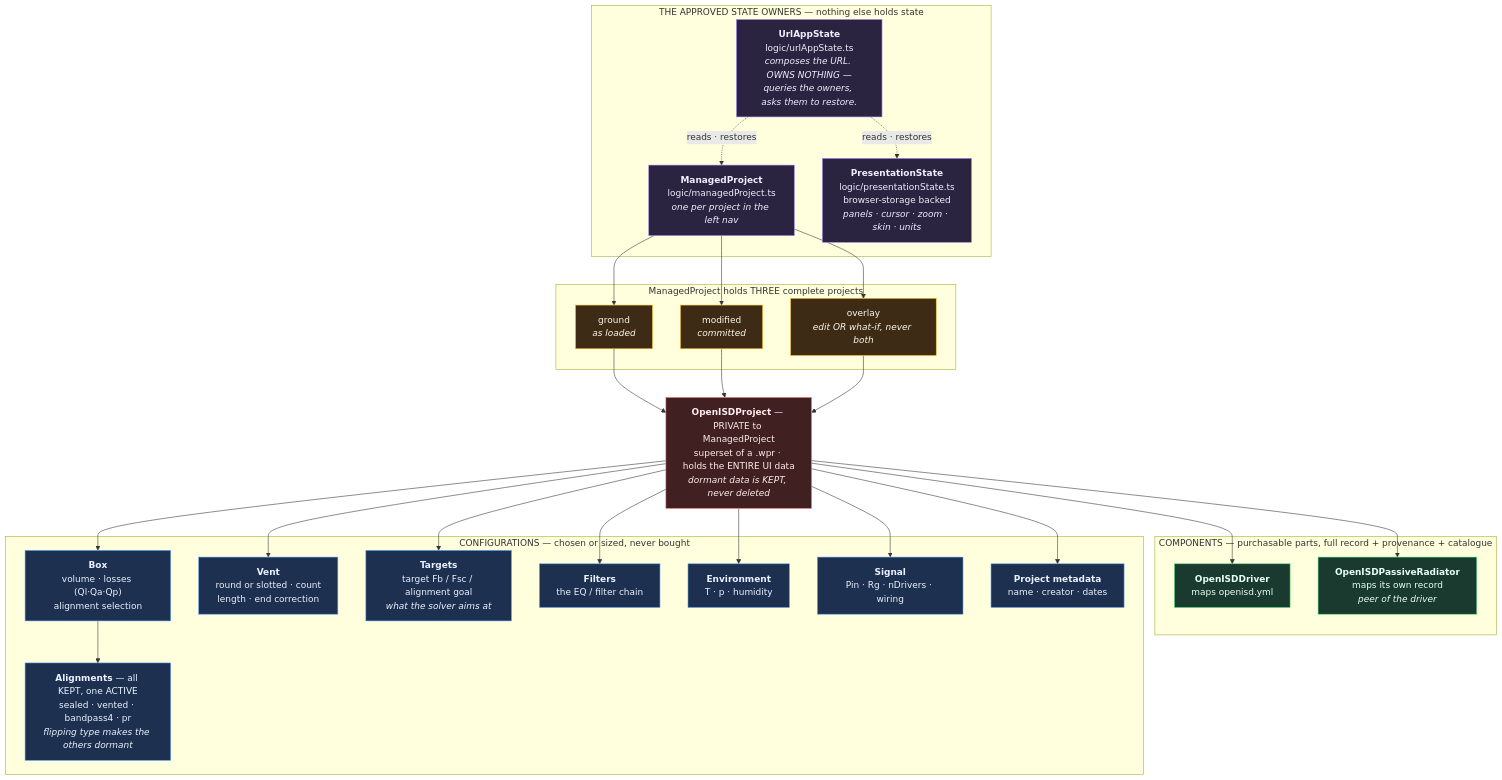
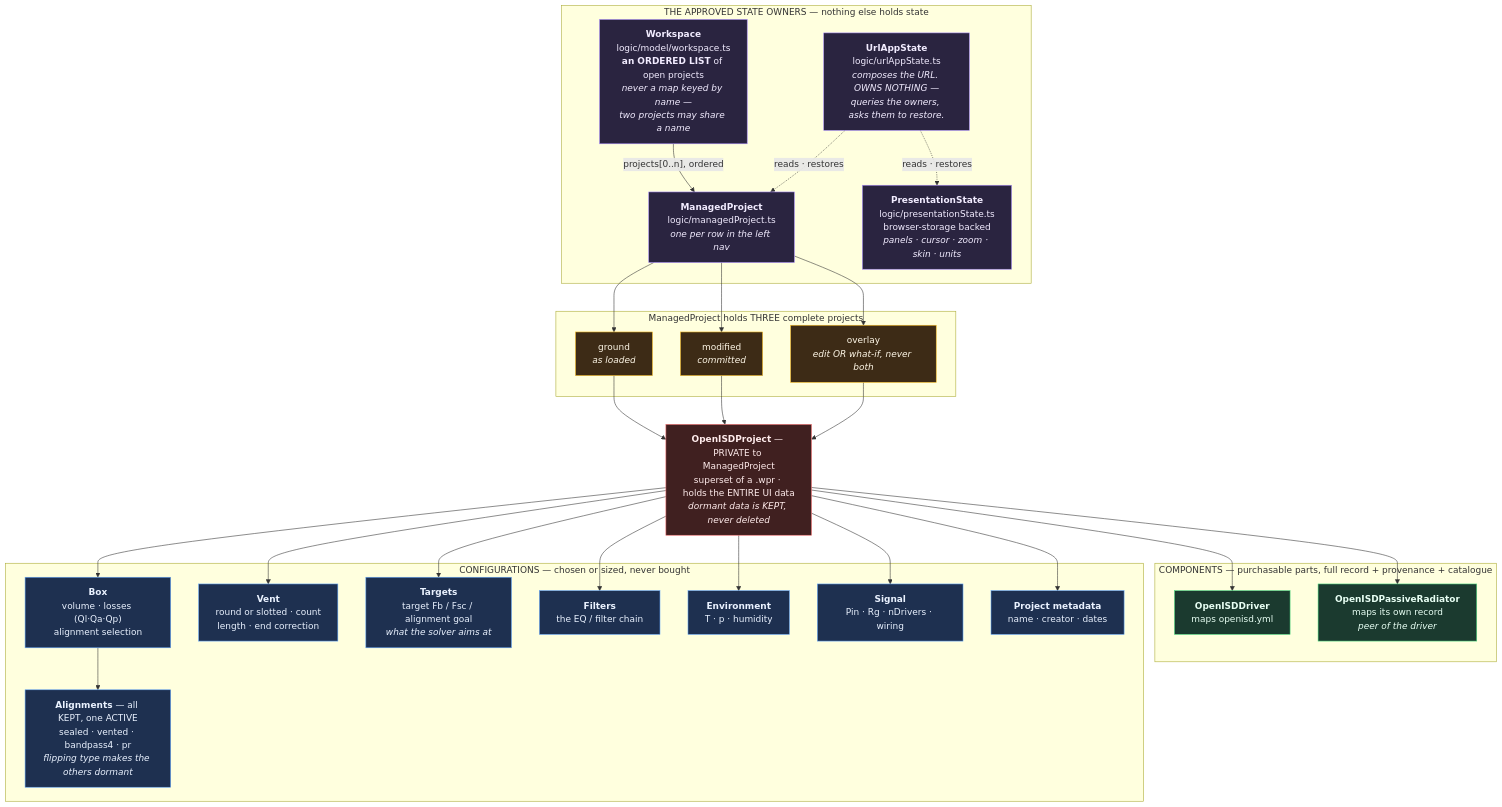
One commit to Johnlon/openisd changed the third of 5 diagrams in ARCHITECTURE.md. Above: the diagram before and after it, drawn with Mermaid. The commit also changed other lines of this file and 1 other file, not shown here.

First line of the commit message:
Projects are an ORDERED LIST, never a map keyed by name

````diff
--- a/ARCHITECTURE.md
+++ b/ARCHITECTURE.md
@@ -190,62 +190,64 @@
 ```mermaid
 graph TD
     subgraph STORES["THE APPROVED STATE OWNERS — nothing else holds state"]
-        MP["<b>ManagedProject</b><br/>logic/managedProject.ts<br/><i>one per project in the left nav</i>"]
+        WS["<b>Workspace</b><br/>logic/model/workspace.ts<br/><b>an ORDERED LIST</b> of open projects<br/><i>never a map keyed by name —<br/>two projects may share a name</i>"]
+        MP["<b>ManagedProject</b><br/>logic/managedProject.ts<br/><i>one per row in the left nav</i>"]
         PS["<b>PresentationState</b><br/>logic/presentationState.ts<br/>browser-storage backed<br/><i>panels · cursor · zoom · skin · units</i>"]
         UAS["<b>UrlAppState</b><br/>logic/urlAppState.ts<br/><i>composes the URL. OWNS NOTHING —<br/>queries the owners, asks them to restore.</i>"]
     end
 
     subgraph LAYERS["ManagedProject holds THREE complete projects"]
         G["ground<br/><i>as loaded</i>"]
         M["modified<br/><i>committed</i>"]
         O["overlay<br/><i>edit OR what-if, never both</i>"]
     end
 
     PROJ["<b>OpenISDProject</b> — PRIVATE to ManagedProject<br/>superset of a .wpr · holds the ENTIRE UI data<br/><i>dormant data is KEPT, never deleted</i>"]
 
     subgraph COMPONENTS["COMPONENTS — purchasable parts, full record + provenance + catalogue"]
         DRV["<b>OpenISDDriver</b><br/>maps openisd.yml"]
         PR["<b>OpenISDPassiveRadiator</b><br/>maps its own record<br/><i>peer of the driver</i>"]
     end
 
     subgraph CONFIGS["CONFIGURATIONS — chosen or sized, never bought"]
         BOX["<b>Box</b><br/>volume · losses (Ql·Qa·Qp)<br/>alignment selection"]
         ALIGN["<b>Alignments</b> — all KEPT, one ACTIVE<br/>sealed · vented · bandpass4 · pr<br/><i>flipping type makes the others dormant</i>"]
         VENT["<b>Vent</b><br/>round or slotted · count<br/>length · end correction"]
         TGT["<b>Targets</b><br/>target Fb / Fsc / alignment goal<br/><i>what the solver aims at</i>"]
         FLT["<b>Filters</b><br/>the EQ / filter chain"]
         ENV["<b>Environment</b><br/>T · p · humidity"]
         SIG["<b>Signal</b><br/>Pin · Rg · nDrivers · wiring"]
         META["<b>Project metadata</b><br/>name · creator · dates"]
     end
 
+    WS -->|"projects[0..n], ordered"| MP
     MP --> G
     MP --> M
     MP --> O
     G --> PROJ
     M --> PROJ
     O --> PROJ
     PROJ --> DRV
     PROJ --> PR
     PROJ --> BOX
     PROJ --> VENT
     PROJ --> TGT
     PROJ --> FLT
     PROJ --> ENV
     PROJ --> SIG
     PROJ --> META
     BOX --> ALIGN
     UAS -.reads · restores.-> MP
     UAS -.reads · restores.-> PS
 
     classDef owner fill:#2a2440,stroke:#a78bfa,color:#f2ecff
     classDef priv fill:#402020,stroke:#f87171,color:#ffecec
     classDef comp fill:#1b3a2f,stroke:#4ade80,color:#e8fff4
     classDef cfg fill:#1e3050,stroke:#60a5fa,color:#eaf2ff
     classDef layer fill:#3d2b16,stroke:#fbbf24,color:#fff8e8
-    class MP,PS,UAS owner
+    class WS,MP,PS,UAS owner
     class PROJ priv
     class DRV,PR comp
     class BOX,ALIGN,VENT,TGT,FLT,ENV,SIG,META cfg
     class G,M,O layer
 ```
````
